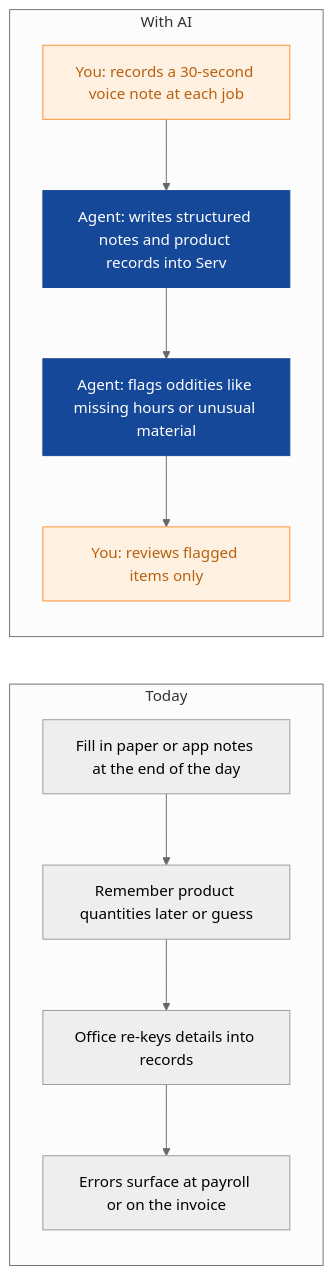
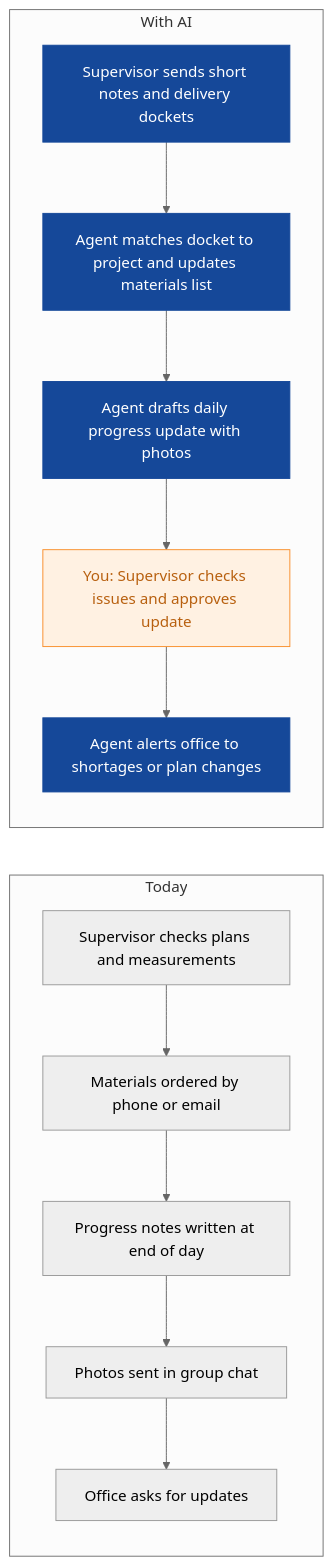
Before and after one commit to nexibeo/Complete-AI-Strategy: the sixth of 8 diagrams in strategies/verdant-roots-landscaping.md, drawn with Mermaid (neutral theme). The commit also changed other lines of this file and 26 other files, not shown here.

````diff
--- a/strategies/verdant-roots-landscaping.md
+++ b/strategies/verdant-roots-landscaping.md
@@ -214,21 +198,23 @@
 ```mermaid
 flowchart LR
   subgraph Today
-    B0["Fill in paper or app notes at the end of the day"]
-    B1["Remember product quantities later or guess"]
-    B2["Office re-keys details into records"]
-    B3["Errors surface at payroll or on the invoice"]
-    B0 --> B1 --> B2 --> B3
+    B0["Supervisor checks plans and measurements"]
+    B1["Materials ordered by phone or email"]
+    B2["Progress notes written at end of day"]
+    B3["Photos sent in group chat"]
+    B4["Office asks for updates"]
+    B0 --> B1 --> B2 --> B3 --> B4
   end
   subgraph WithAI[With AI]
-    A0["You: records a 30-second voice note at each job"]
-    A1["Agent: writes structured notes and product records into Serv"]
-    A2["Agent: flags oddities like missing hours or unusual material"]
-    A3["You: reviews flagged items only"]
-    A0 --> A1 --> A2 --> A3
+    A0["Supervisor sends short notes and delivery dockets"]
+    A1["Agent matches docket to project and updates materials list"]
+    A2["Agent drafts daily progress update with photos"]
+    A3["You: Supervisor checks issues and approves update"]
+    A4["Agent alerts office to shortages or plan changes"]
+    A0 --> A1 --> A2 --> A3 --> A4
   end
   classDef ai fill:#154899,color:#fff,stroke:#154899
   classDef human fill:#FFF1E2,color:#B8600F,stroke:#F98F2C
-  class A1,A2 ai
-  class A0,A3 human
+  class A0,A1,A2,A4 ai
+  class A3 human
 ```
````
